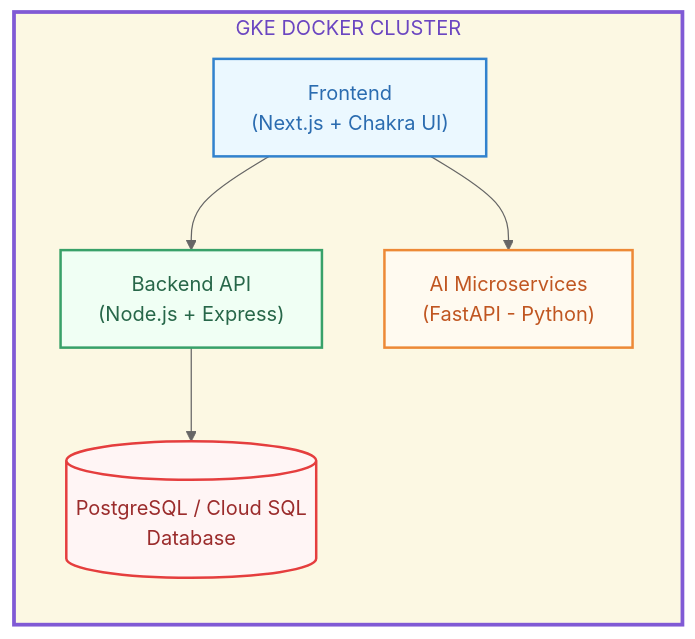
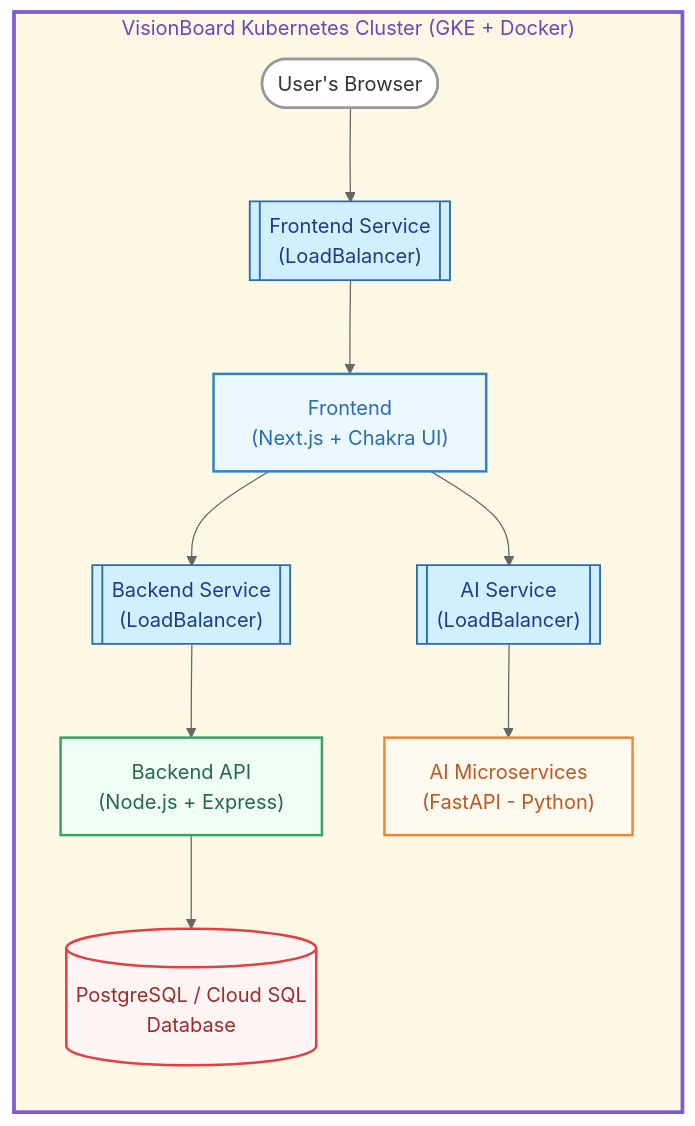
Before and after one commit to kunigitaj/visionboard-frontend: the diagram in README.md, drawn with Mermaid (neutral theme). The commit also changed other lines of this file, not shown here.

````diff
--- a/README.md
+++ b/README.md
@@ -37,19 +62,23 @@
 ```mermaid
 flowchart TD
-  subgraph GKE_DOCKER_CLUSTER["GKE DOCKER CLUSTER"]
+  subgraph VisionBoard_Kubernetes_Cluster["VisionBoard Kubernetes Cluster (GKE + Docker)"]
     direction TB
-    FE["Frontend<br>(Next.js + Chakra UI)"]
-    Backend["Backend API<br>(Node.js + Express)"]
-    AI["AI Microservices<br>(FastAPI - Python)"]
-    DB[("PostgreSQL / Cloud SQL<br>Database")]
+
+    Browser([User's Browser]):::external --> LB_FE[["Frontend Service<br/>(LoadBalancer)"]]:::service
+    LB_FE --> FE["Frontend<br>(Next.js + Chakra UI)"]:::frontend
+    FE --> LB_Backend[["Backend Service<br/>(LoadBalancer)"]]:::service
+    FE --> LB_AI[["AI Service<br/>(LoadBalancer)"]]:::service
+    LB_Backend --> Backend["Backend API<br>(Node.js + Express)"]:::backend
+    LB_AI --> AI["AI Microservices<br>(FastAPI - Python)"]:::ai
+    Backend --> DB[("PostgreSQL / Cloud SQL<br>Database")]:::database
   end
 
-  FE --> Backend & AI
-  Backend --> DB
-
+  style Browser fill:#ffffff,stroke:#999,stroke-width:2px,color:#333
   style FE fill:#ebf8ff,stroke:#3182ce,stroke-width:2px,color:#2b6cb0
   style Backend fill:#f0fff4,stroke:#38a169,stroke-width:2px,color:#276749
   style AI fill:#fffaf0,stroke:#ed8936,stroke-width:2px,color:#c05621
   style DB fill:#fff5f5,stroke:#e53e3e,stroke-width:2px,color:#9b2c2c
-  style GKE_DOCKER_CLUSTER fill:#fcf8e3,stroke:#805ad5,stroke-width:3px,color:#6b46c1
+  style VisionBoard_Kubernetes_Cluster fill:#fcf8e3,stroke:#805ad5,stroke-width:3px,color:#6b46c1
+  classDef service fill:#d1f0ff,stroke:#2b6cb0,stroke-width:1.5px,color:#1e3a8a
+  classDef external fill:#ffffff,stroke:#999,stroke-width:2px,color:#333
 ```
````
